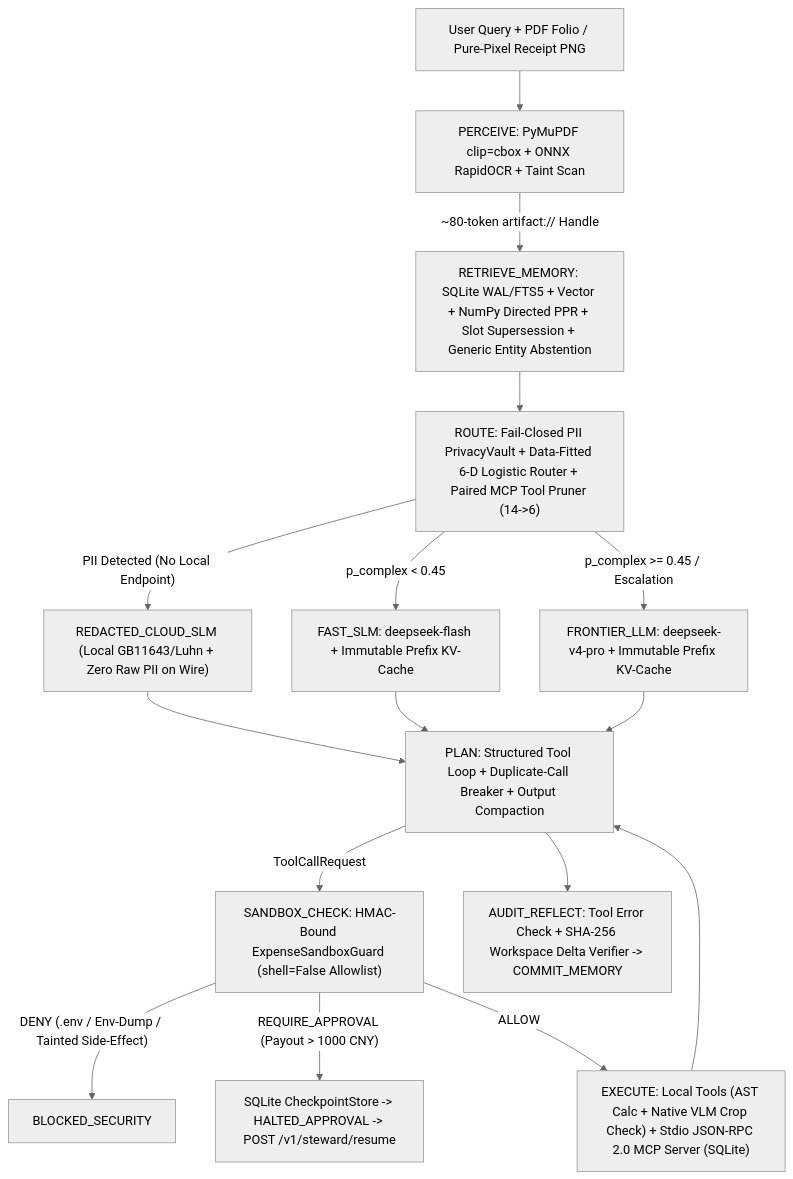
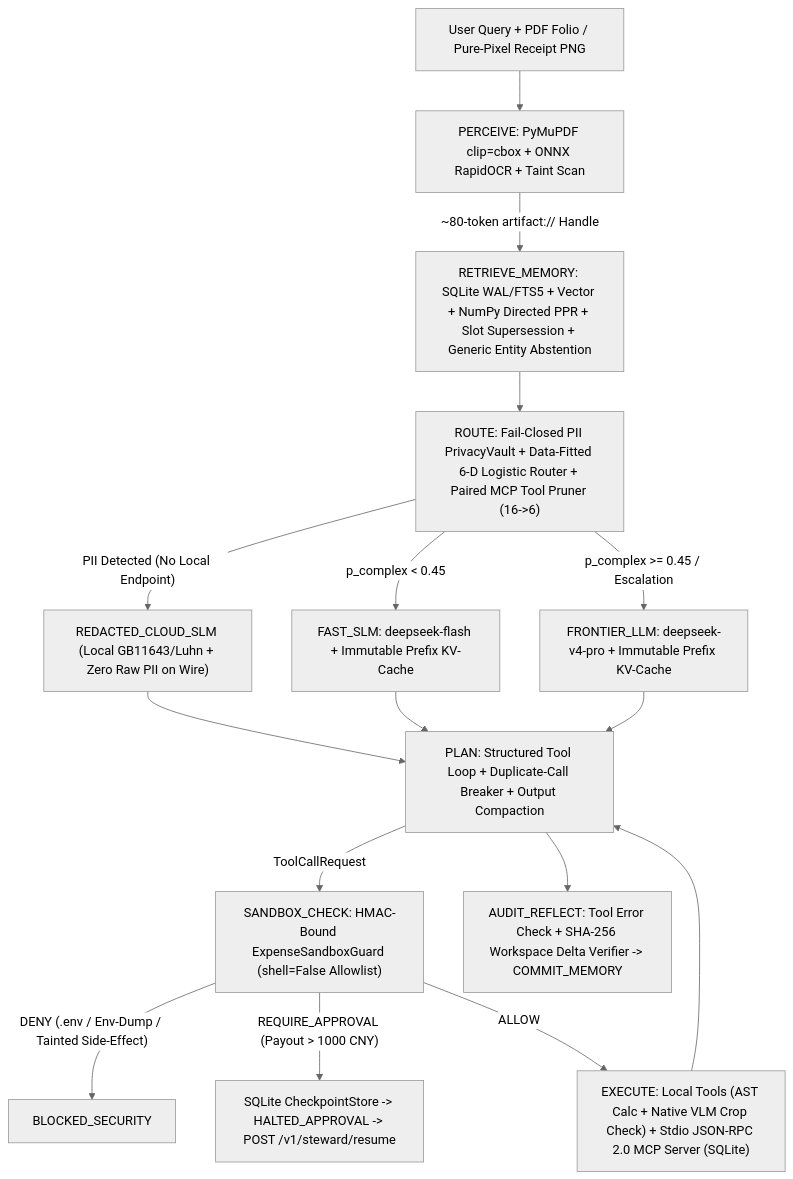
The diagram in README.md (cysy10236-sketch/personal-steward-agent), drawn with Mermaid (neutral theme) before and after one commit. The commit also changed other lines of this file and 10 other files, not shown here.

````diff
--- a/README.md
+++ b/README.md
@@ -15,18 +15,18 @@
 ```mermaid
 flowchart TD
     U["User Query + PDF Folio / Pure-Pixel Receipt PNG"] --> P["PERCEIVE: PyMuPDF clip=cbox + ONNX RapidOCR + Taint Scan"]
     P -->|"~80-token artifact:// Handle"| M["RETRIEVE_MEMORY: SQLite WAL/FTS5 + Vector + NumPy Directed PPR + Slot Supersession + Generic Entity Abstention"]
-    M --> R["ROUTE: Fail-Closed PII PrivacyVault + Data-Fitted 6-D Logistic Router + Paired MCP Tool Pruner (14->6)"]
+    M --> R["ROUTE: Fail-Closed PII PrivacyVault + Data-Fitted 6-D Logistic Router + Paired MCP Tool Pruner (16->6)"]
     R -->|"PII Detected (No Local Endpoint)"| PV["REDACTED_CLOUD_SLM (Local GB11643/Luhn + Zero Raw PII on Wire)"]
     R -->|"p_complex < 0.45"| SLM["FAST_SLM: deepseek-flash + Immutable Prefix KV-Cache"]
     R -->|"p_complex >= 0.45 / Escalation"| LLM["FRONTIER_LLM: deepseek-v4-pro + Immutable Prefix KV-Cache"]
     PV --> PL["PLAN: Structured Tool Loop + Duplicate-Call Breaker + Output Compaction"]
     SLM --> PL
     LLM --> PL
     PL -->|"ToolCallRequest"| S["SANDBOX_CHECK: HMAC-Bound ExpenseSandboxGuard (shell=False Allowlist)"]
     S -->|"DENY (.env / Env-Dump / Tainted Side-Effect)"| BLK["BLOCKED_SECURITY"]
     S -->|"REQUIRE_APPROVAL (Payout > 1000 CNY)"| CHK["SQLite CheckpointStore -> HALTED_APPROVAL -> POST /v1/steward/resume"]
     S -->|"ALLOW"| EX["EXECUTE: Local Tools (AST Calc + Native VLM Crop Check) + Stdio JSON-RPC 2.0 MCP Server (SQLite)"]
     EX --> PL
     PL --> AU["AUDIT_REFLECT: Tool Error Check + SHA-256 Workspace Delta Verifier -> COMMIT_MEMORY"]
 ```
````
